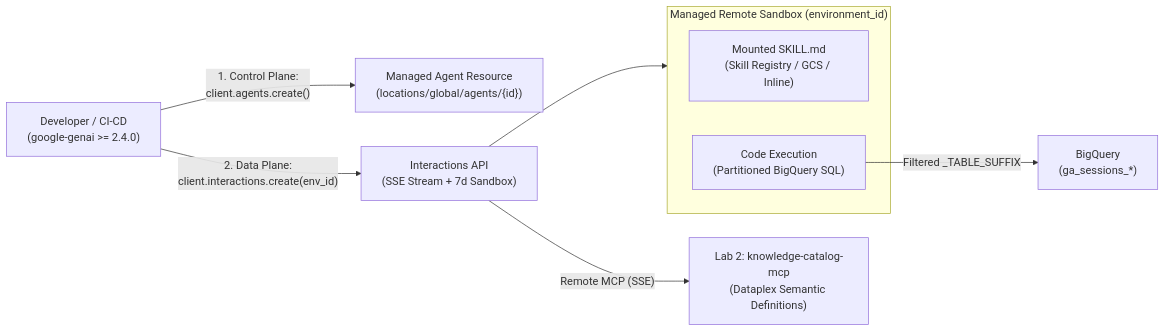
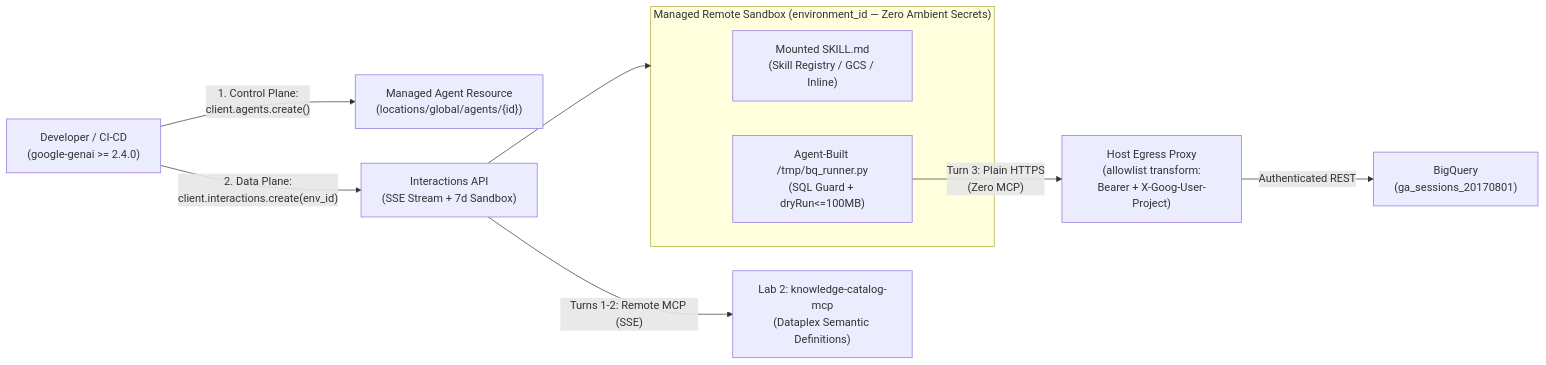
The diagram in managed-agents-api/README.md (tvaroska/agent-builder-labs), drawn with Mermaid before and after one commit. The commit also changed other lines of this file and 5 other files, not shown here.

Commit message:
feat(managed-agents): build and run sandbox BigQuery CLI via proxy transform without MCP

````diff
--- a/managed-agents-api/README.md
+++ b/managed-agents-api/README.md
@@ -19,14 +20,16 @@
 ```mermaid
 flowchart LR
     DEV["Developer / CI-CD\n(google-genai >= 2.4.0)"] -->|"1. Control Plane:\nclient.agents.create()"| AGENT["Managed Agent Resource\n(locations/global/agents/{id})"]
     DEV -->|"2. Data Plane:\nclient.interactions.create(env_id)"| INT["Interactions API\n(SSE Stream + 7d Sandbox)"]
 
-    subgraph SANDBOX["Managed Remote Sandbox (environment_id)"]
+    subgraph SANDBOX["Managed Remote Sandbox (environment_id — Zero Ambient Secrets)"]
         SKILL["Mounted SKILL.md\n(Skill Registry / GCS / Inline)"]
-        EXEC["Code Execution\n(Partitioned BigQuery SQL)"]
+        CLI["Agent-Built /tmp/bq_runner.py\n(SQL Guard + dryRun<=100MB)"]
     end
 
+    PROXY["Host Egress Proxy\n(allowlist transform:\nBearer + X-Goog-User-Project)"]
+
     INT --> SANDBOX
-    INT -->|"Remote MCP (SSE)"| MCP["Lab 2: knowledge-catalog-mcp\n(Dataplex Semantic Definitions)"]
-    EXEC -->|"Filtered _TABLE_SUFFIX"| BQ["BigQuery\n(ga_sessions_*)"]
+    INT -->|"Turns 1-2: Remote MCP (SSE)"| MCP["Lab 2: knowledge-catalog-mcp\n(Dataplex Semantic Definitions)"]
+    CLI -->|"Turn 3: Plain HTTPS\n(Zero MCP)"| PROXY -->|"Authenticated REST"| BQ["BigQuery\n(ga_sessions_20170801)"]
 ```
````
